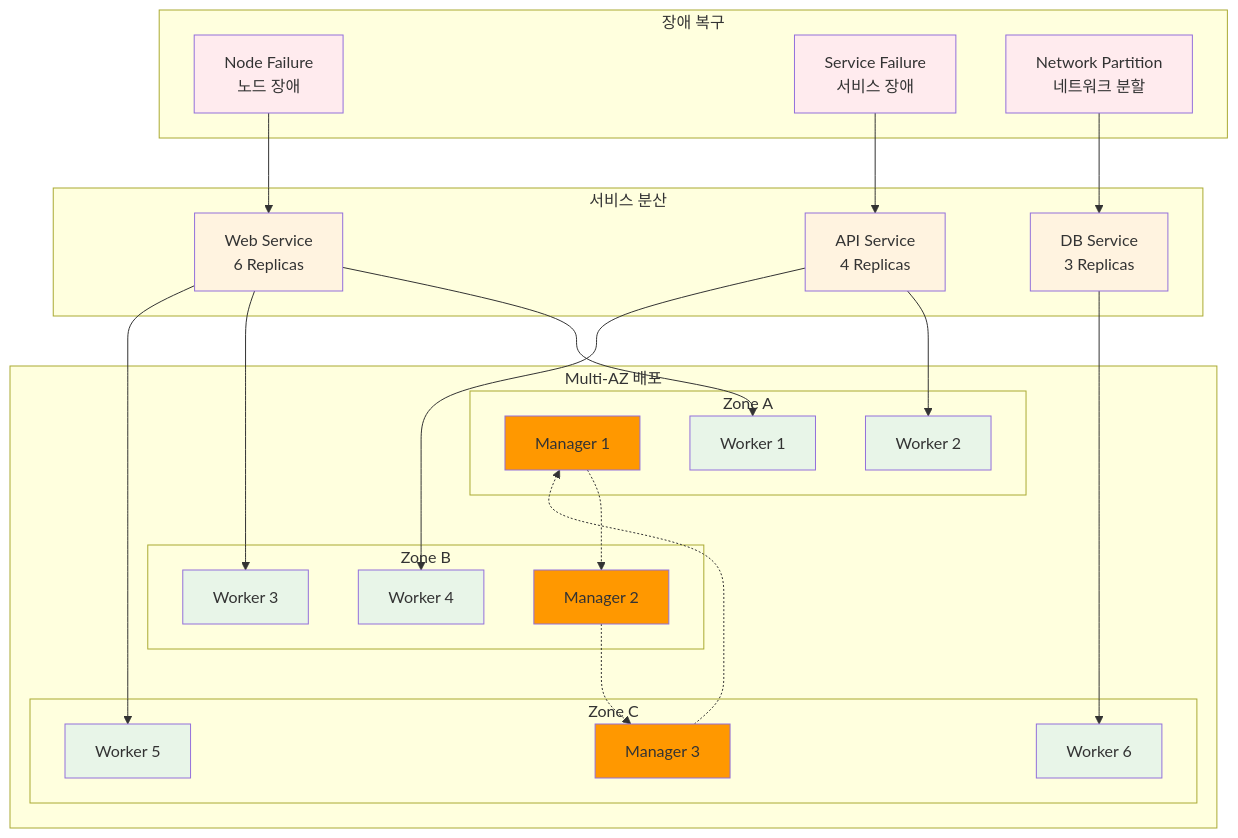
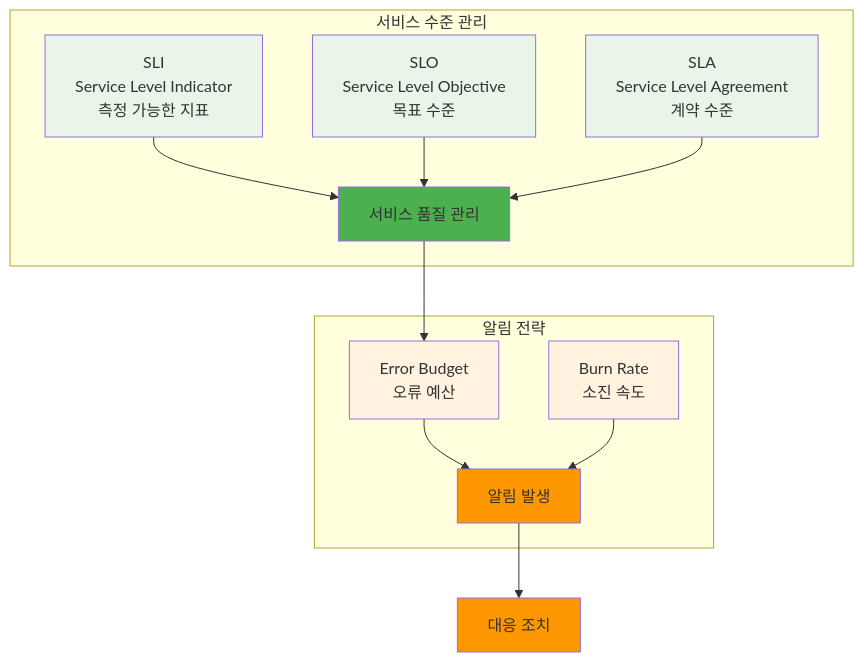
Before and after one commit to niceguy61/kdt_devops_lecture_2025: the fourth of 4 diagrams in theory/week_02/day3/session_3.md, drawn with Mermaid. The commit also changed other lines of this file and 68 other files, not shown here.

````diff
--- a/theory/week_02/day3/session_3.md
+++ b/theory/week_02/day3/session_3.md
@@ -236,65 +183,25 @@
 ```mermaid
 graph TB
-    subgraph "Multi-AZ 배포"
-        subgraph "Zone A"
-            ZA1[Manager 1]
-            ZA2[Worker 1]
-            ZA3[Worker 2]
-        end
-        
-        subgraph "Zone B"
-            ZB1[Manager 2]
-            ZB2[Worker 3]
-            ZB3[Worker 4]
-        end
-        
-        subgraph "Zone C"
-            ZC1[Manager 3]
-            ZC2[Worker 5]
-            ZC3[Worker 6]
-        end
+    subgraph "서비스 수준 관리"
+        A[SLI<br/>Service Level Indicator<br/>측정 가능한 지표] --> D[서비스 품질 관리]
+        B[SLO<br/>Service Level Objective<br/>목표 수준] --> D
+        C[SLA<br/>Service Level Agreement<br/>계약 수준] --> D
     end
     
-    subgraph "서비스 분산"
-        S1[Web Service<br/>6 Replicas]
-        S2[API Service<br/>4 Replicas]
-        S3[DB Service<br/>3 Replicas]
+    subgraph "알림 전략"
+        E[Error Budget<br/>오류 예산] --> F[알림 발생]
+        G[Burn Rate<br/>소진 속도] --> F
     end
     
-    subgraph "장애 복구"
-        F1[Node Failure<br/>노드 장애]
-        F2[Service Failure<br/>서비스 장애]
-        F3[Network Partition<br/>네트워크 분할]
-    end
+    D --> E
+    F --> H[대응 조치]
     
-    ZA1 -.-> ZB1
-    ZB1 -.-> ZC1
-    ZC1 -.-> ZA1
-    
-    S1 --> ZA2
-    S1 --> ZB2
-    S1 --> ZC2
-    S2 --> ZA3
-    S2 --> ZB3
-    S3 --> ZC3
-    
-    F1 --> S1
-    F2 --> S2
-    F3 --> S3
-    
-    style ZA1 fill:#ff9800
-    style ZB1 fill:#ff9800
-    style ZC1 fill:#ff9800
-    style ZA2 fill:#e8f5e8
-    style ZA3 fill:#e8f5e8
-    style ZB2 fill:#e8f5e8
-    style ZB3 fill:#e8f5e8
-    style ZC2 fill:#e8f5e8
-    style ZC3 fill:#e8f5e8
-    style S1 fill:#fff3e0
-    style S2 fill:#fff3e0
-    style S3 fill:#fff3e0
-    style F1 fill:#ffebee
-    style F2 fill:#ffebee
-    style F3 fill:#ffebee
+    style A fill:#e8f5e8
+    style B fill:#e8f5e8
+    style C fill:#e8f5e8
+    style D fill:#4caf50
+    style E fill:#fff3e0
+    style G fill:#fff3e0
+    style F fill:#ff9800
+    style H fill:#ff9800
 ```
````
